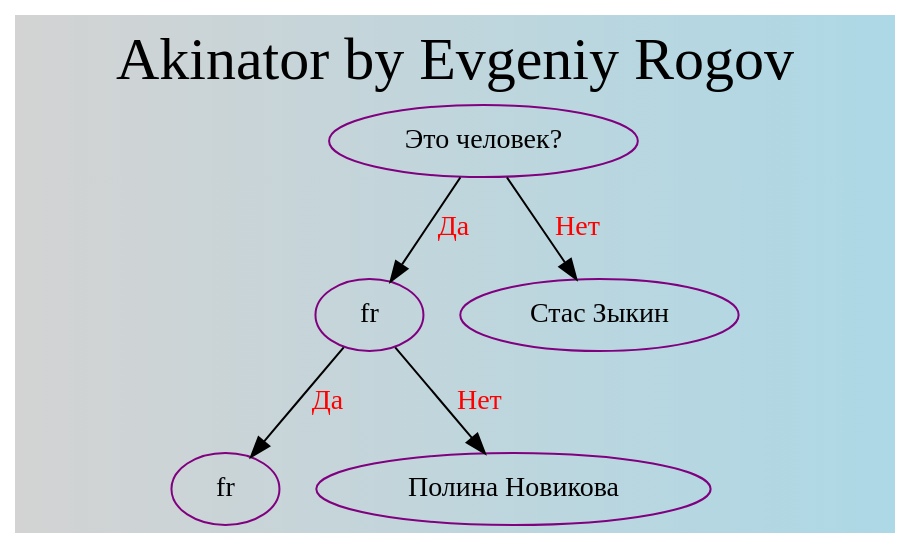
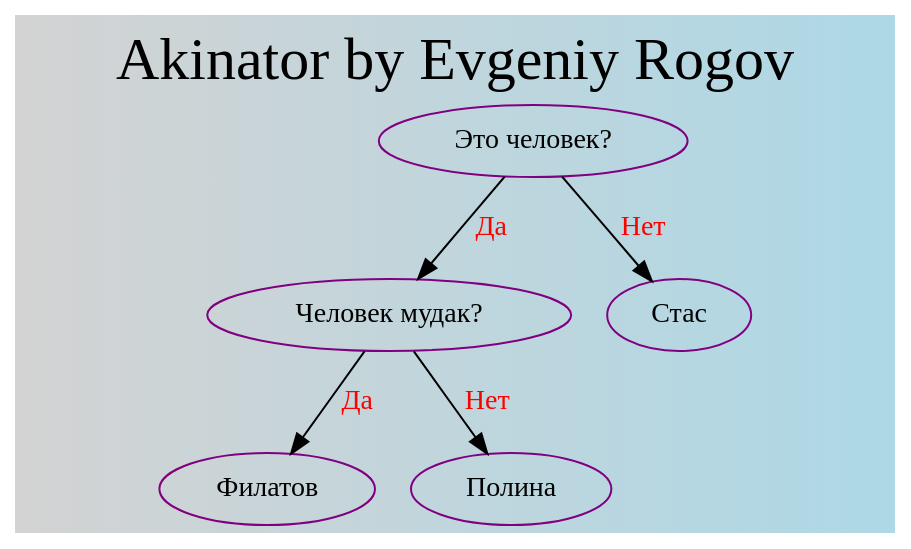
Before and after one commit to EvGeniy0505/Akinator: the diagram in output/akinator.dot, drawn with Graphviz. The commit also changed 8 other files, not shown here.

```diff
--- a/output/akinator.dot
+++ b/output/akinator.dot
@@ -1,16 +1,16 @@
 digraph TREE1 {
 	bgcolor = "lightgrey:lightblue";
 	label="Akinator by Evgeniy Rogov";
 	fontsize=30;
 	fontname="Times-Roman";
 	labelloc="t";
-	node0x603000000040[color=purple, label=" Это человек?"]
-	node0x603000000040 -> node0x6030000000a0[label="Да", fontcolor="red"];
-	node0x6030000000a0[color=purple, label=" fr"]
-	node0x6030000000a0 -> node0x603000000100[label="Да", fontcolor="red"];
-	node0x603000000100[color=purple, label=" fr"]
-	node0x6030000000a0 -> node0x6030000000d0[label="Нет", fontcolor="red"];
-	node0x6030000000d0[color=purple, label=" Полина Новикова"]
-	node0x603000000040 -> node0x603000000070[label="Нет", fontcolor="red"];
-	node0x603000000070[color=purple, label=" Стас Зыкин"]
+	node0x603000000070[color=purple, label=" Это человек?"]
+	node0x603000000070 -> node0x6030000000a0[label="Да", fontcolor="red"];
+	node0x6030000000a0[color=purple, label=" Человек мудак?"]
+	node0x6030000000a0 -> node0x603000000130[label="Да", fontcolor="red"];
+	node0x603000000130[color=purple, label=" Филатов"]
+	node0x6030000000a0 -> node0x603000000100[label="Нет", fontcolor="red"];
+	node0x603000000100[color=purple, label=" Полина"]
+	node0x603000000070 -> node0x6030000000d0[label="Нет", fontcolor="red"];
+	node0x6030000000d0[color=purple, label=" Стас"]
 }
```
